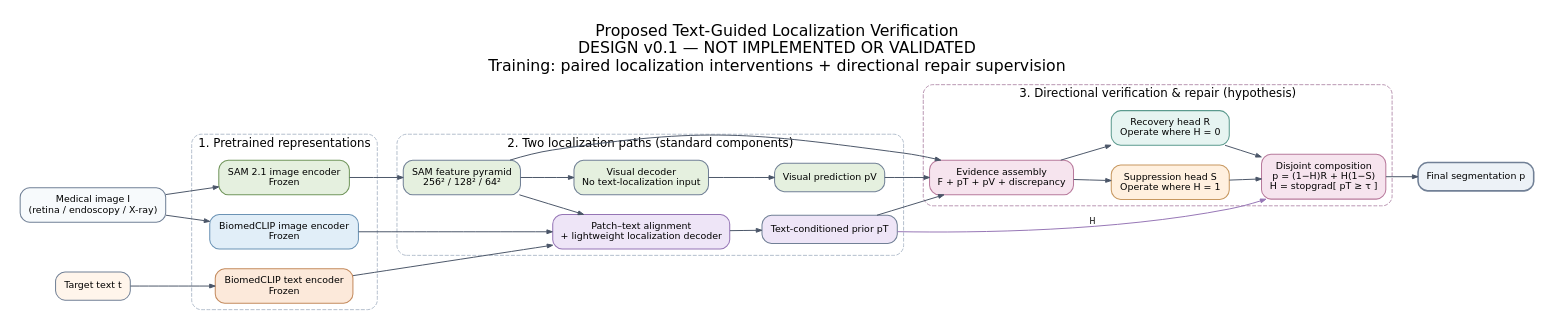
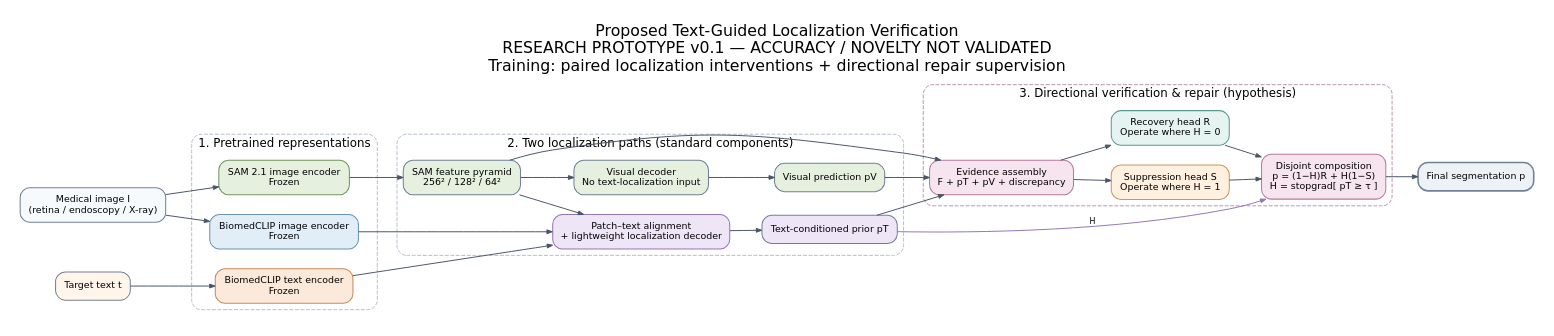
One commit to mazhendi/medsam-research changed the diagram in docs/figures/text_verification_proposal.dot. Above: the diagram before and after it, drawn with Graphviz. The commit also changed 12 other files, not shown here.

Commit message:
Implement pinned BiomedCLIP localization and staged directional repair prototype

```diff
--- a/docs/figures/text_verification_proposal.dot
+++ b/docs/figures/text_verification_proposal.dot
@@ -1,32 +1,32 @@
 digraph G {
- graph [rankdir=LR, bgcolor="white", pad="0.25", nodesep="0.35", ranksep="0.55", fontname="DejaVu Sans", fontsize=20, labelloc=t, label="Proposed Text-Guided Localization Verification\nDESIGN v0.1 — NOT IMPLEMENTED OR VALIDATED\nTraining: paired localization interventions + directional repair supervision"];
+ graph [rankdir=LR, bgcolor="white", pad="0.25", nodesep="0.35", ranksep="0.55", fontname="DejaVu Sans", fontsize=20, labelloc=t, label="Proposed Text-Guided Localization Verification\nRESEARCH PROTOTYPE v0.1 — ACCURACY / NOVELTY NOT VALIDATED\nTraining: paired localization interventions + directional repair supervision"];
  node [shape=box, style="rounded,filled", fontname="DejaVu Sans", fontsize=12, color="#718096", penwidth=1.3, margin="0.15,0.12", fillcolor="white"];
  edge [color="#4a5568", arrowsize=0.7, penwidth=1.25, fontname="DejaVu Sans", fontsize=10];
  image [label="Medical image I\n(retina / endoscopy / X-ray)",fillcolor="#f7fafc"];
  text [label="Target text t",fillcolor="#fff5eb"];
  subgraph cluster_enc { label="1. Pretrained representations";fontname="DejaVu Sans";fontsize=15;style="rounded,dashed";color="#a0aec0";
  sam [label="SAM 2.1 image encoder\nFrozen",fillcolor="#e5f0df",color="#72965c"];
  clipimg [label="BiomedCLIP image encoder\nFrozen",fillcolor="#e1eef8",color="#6b93b5"];
  cliptext [label="BiomedCLIP text encoder\nFrozen",fillcolor="#fce9da",color="#c48b5e"];
  }
  subgraph cluster_base { label="2. Two localization paths (standard components)";fontname="DejaVu Sans";fontsize=15;style="rounded,dashed";color="#a0aec0";
  pyramid [label="SAM feature pyramid\n256² / 128² / 64²",fillcolor="#e5f0df"];
  visual [label="Visual decoder\nNo text-localization input",fillcolor="#e5f0df"];
  pv [label="Visual prediction pV",fillcolor="#e5f0df"];
  align [label="Patch–text alignment\n+ lightweight localization decoder",fillcolor="#eee5f7",color="#9575b5"];
  pt [label="Text-conditioned prior pT",fillcolor="#eee5f7"];
  }
  subgraph cluster_repair { label="3. Directional verification & repair (hypothesis)";fontname="DejaVu Sans";fontsize=15;style="rounded,dashed";color="#a77b9e";
  evidence [label="Evidence assembly\nF + pT + pV + discrepancy",fillcolor="#f6e4ee",color="#b87a9c"];
  restore [label="Recovery head R\nOperate where H = 0",fillcolor="#e6f4f1",color="#5b9a8e"];
  suppress [label="Suppression head S\nOperate where H = 1",fillcolor="#fff0df",color="#c79860"];
  compose [label="Disjoint composition\np = (1−H)R + H(1−S)\nH = stopgrad[ pT ≥ τ ]",fillcolor="#f6e4ee",color="#b87a9c"];
  }
  output [label="Final segmentation p",fillcolor="#edf2f7",penwidth=2];
  image -> sam; image -> clipimg; text -> cliptext;
  sam -> pyramid; pyramid -> visual; visual -> pv;
  clipimg -> align; cliptext -> align; pyramid -> align; align -> pt;
  pyramid -> evidence; pv -> evidence; pt -> evidence;
  evidence -> restore; evidence -> suppress; restore -> compose; suppress -> compose;
  pt -> compose [label="H",color="#9575b5"]; compose -> output;
 }
```
